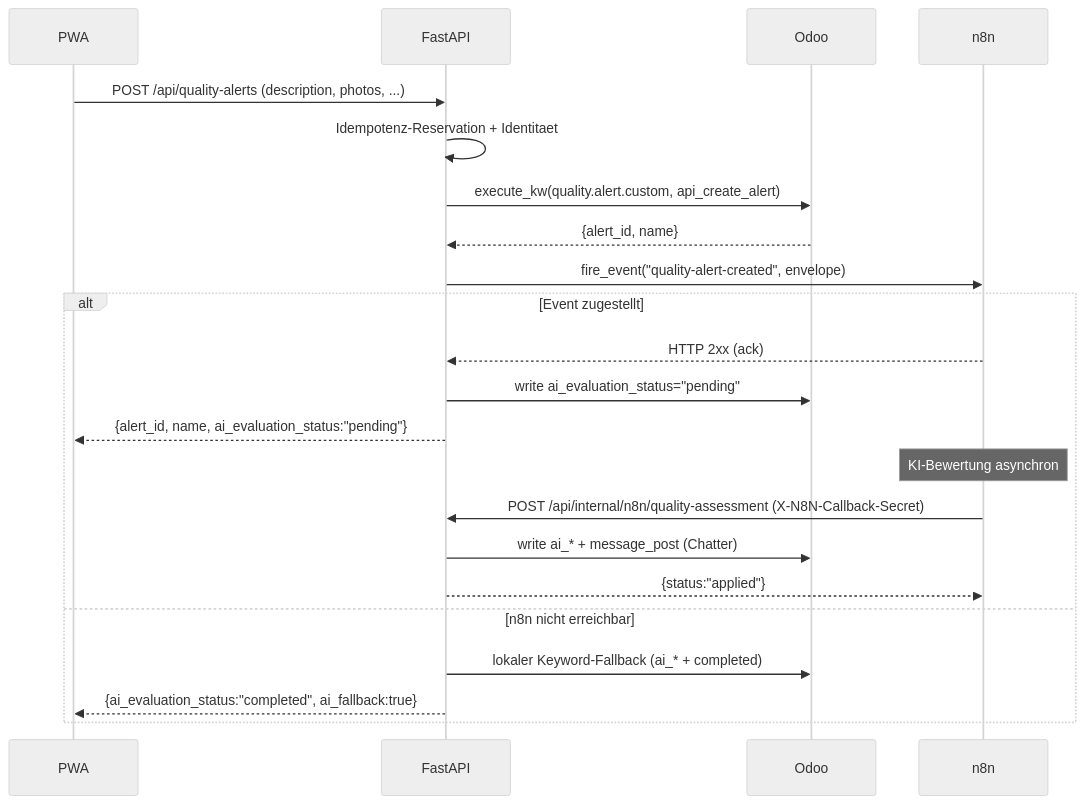
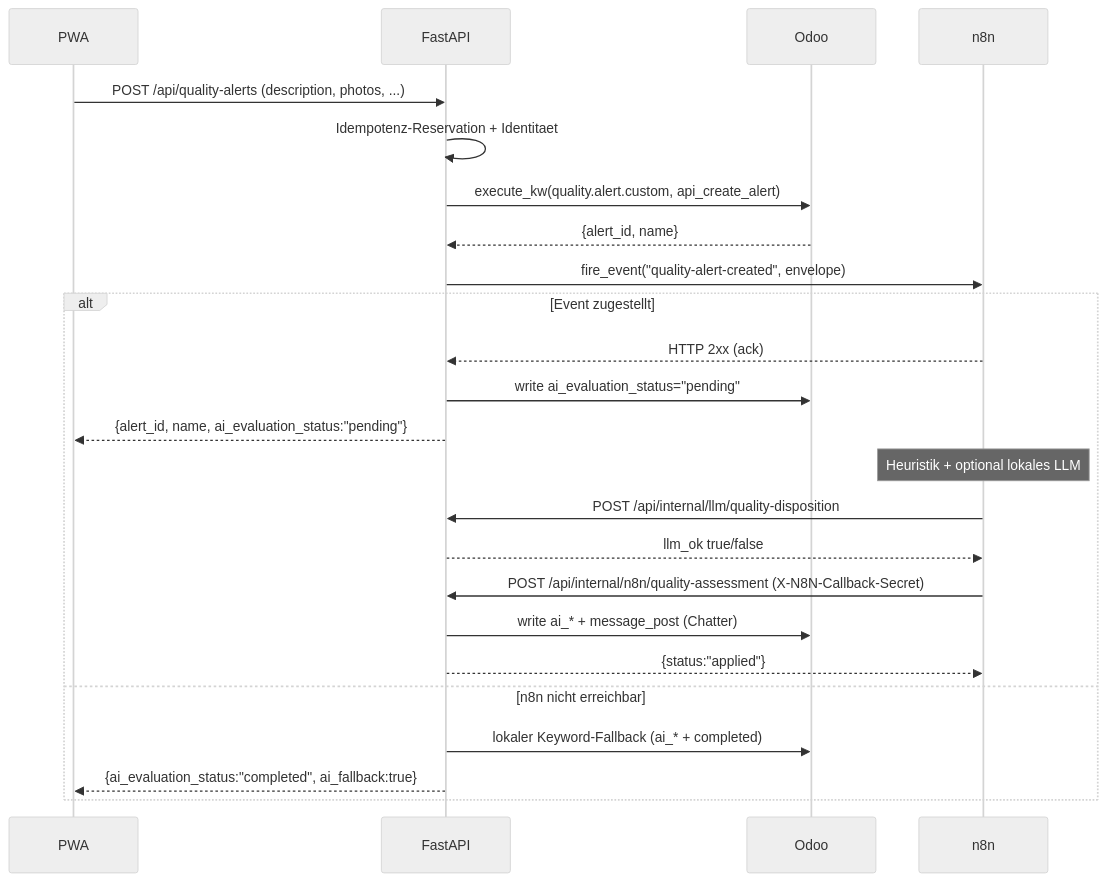
Before and after one commit to endritmurati99/mobile-picking-and-voice-assistant: the diagram in Projekt-Wiki/12 - Funktionsdokumentation/07 - Qualitätsmeldungen & n8n-Orchestrierung.md, drawn with Mermaid (neutral theme). The commit also changed other lines of this file and 24 other files, not shown here.

Commit message:
docs: update project wiki for local quality llm

````diff
--- a/Projekt-Wiki/12 - Funktionsdokumentation/07 - Qualitätsmeldungen & n8n-Orchestrierung.md
+++ b/Projekt-Wiki/12 - Funktionsdokumentation/07 - Qualitätsmeldungen & n8n-Orchestrierung.md
@@ -25,25 +27,27 @@
 ```mermaid
 sequenceDiagram
     participant PWA
     participant FastAPI
     participant Odoo
     participant n8n
 
     PWA->>FastAPI: POST /api/quality-alerts (description, photos, ...)
     FastAPI->>FastAPI: Idempotenz-Reservation + Identitaet
     FastAPI->>Odoo: execute_kw(quality.alert.custom, api_create_alert)
     Odoo-->>FastAPI: {alert_id, name}
     FastAPI->>n8n: fire_event("quality-alert-created", envelope)
     alt Event zugestellt
         n8n-->>FastAPI: HTTP 2xx (ack)
         FastAPI->>Odoo: write ai_evaluation_status="pending"
         FastAPI-->>PWA: {alert_id, name, ai_evaluation_status:"pending"}
-        Note over n8n: KI-Bewertung asynchron
+        Note over n8n: Heuristik + optional lokales LLM
+        n8n->>FastAPI: POST /api/internal/llm/quality-disposition
+        FastAPI-->>n8n: llm_ok true/false
         n8n->>FastAPI: POST /api/internal/n8n/quality-assessment (X-N8N-Callback-Secret)
         FastAPI->>Odoo: write ai_* + message_post (Chatter)
         FastAPI-->>n8n: {status:"applied"}
     else n8n nicht erreichbar
         FastAPI->>Odoo: lokaler Keyword-Fallback (ai_* + completed)
         FastAPI-->>PWA: {ai_evaluation_status:"completed", ai_fallback:true}
     end
 ```
````
